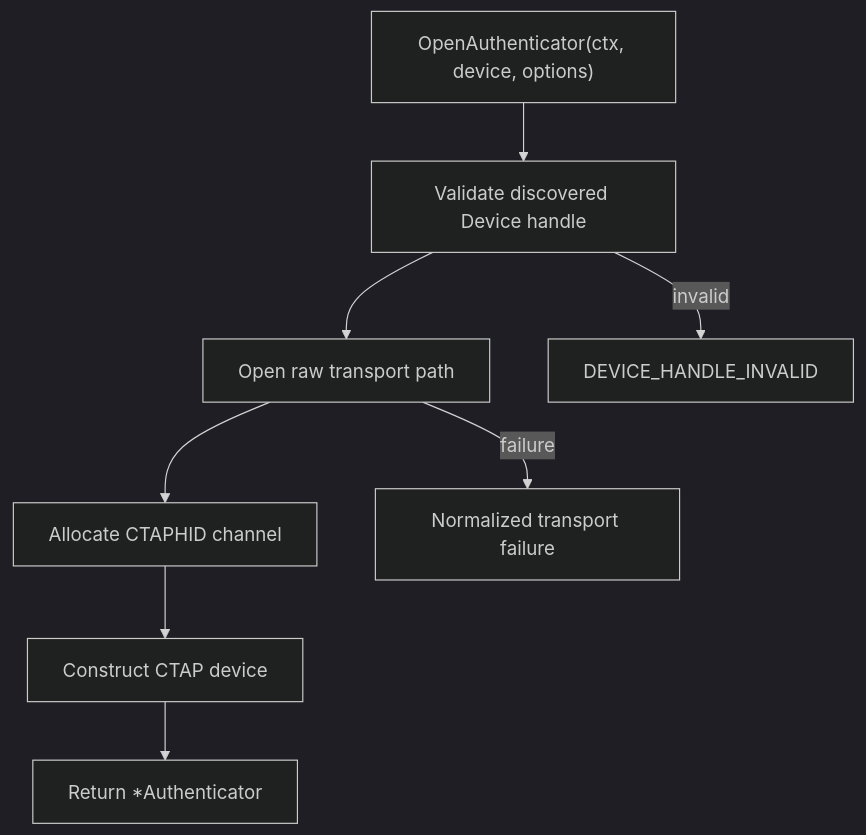
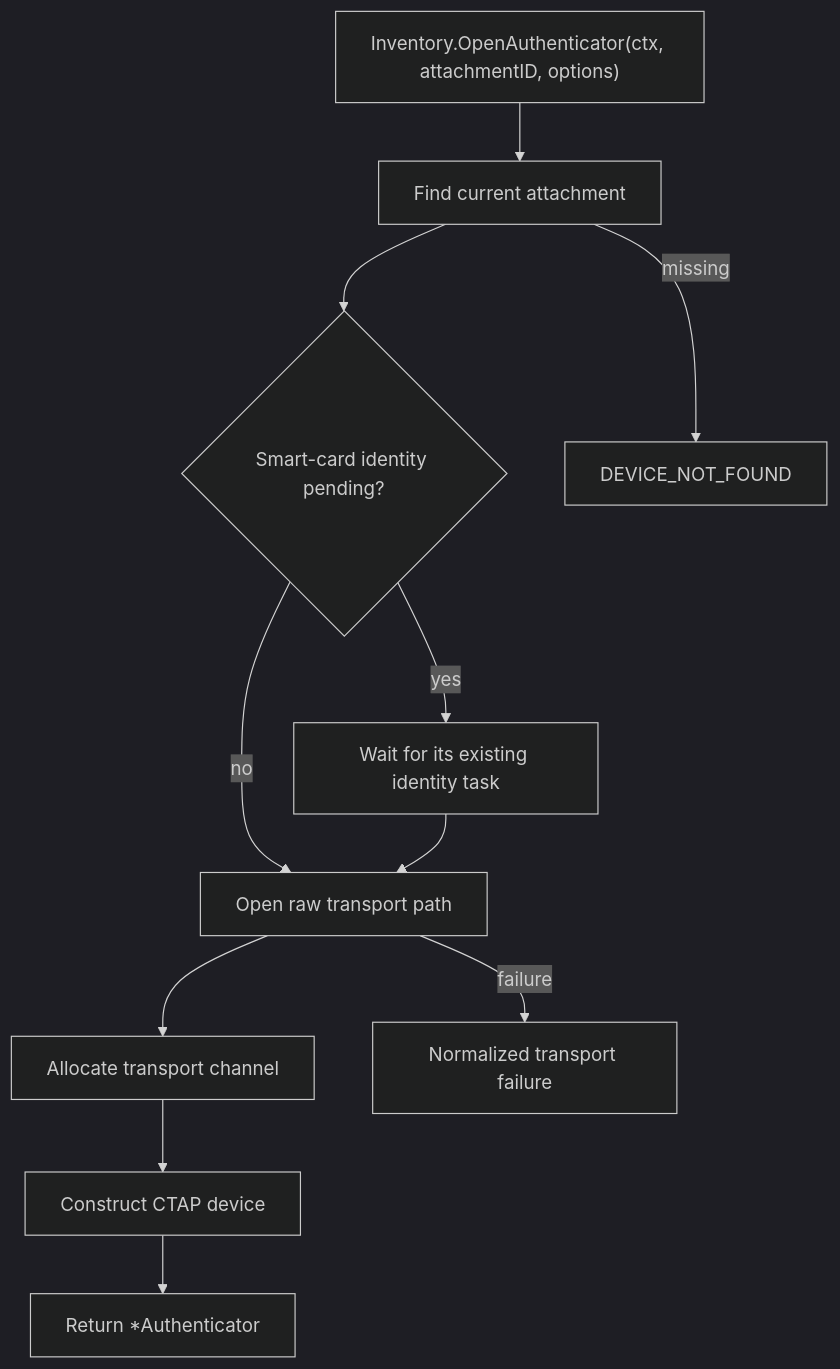
One commit to go-ctap/kit changed the first of 4 diagrams in docs/current-runtime-flows.md. Above: the diagram before and after it, drawn with Mermaid (dark theme). The commit also changed other lines of this file and 72 other files, not shown here.

Commit message:
refactor: simplify runtime architecture

````diff
--- a/docs/current-runtime-flows.md
+++ b/docs/current-runtime-flows.md
@@ -40,11 +48,14 @@
 ```mermaid
 flowchart TD
-  A["OpenAuthenticator(ctx, device, options)"] --> B["Validate discovered Device handle"]
-  B --> C["Open raw transport path"]
-  C --> D["Allocate CTAPHID channel"]
-  D --> E["Construct CTAP device"]
-  E --> F["Return *Authenticator"]
+  A["Inventory.OpenAuthenticator(ctx, attachmentID, options)"] --> B["Find current attachment"]
+  B --> C{"Smart-card identity pending?"}
+  C -->|yes| D["Wait for its existing identity task"]
+  C -->|no| E["Open raw transport path"]
+  D --> E
+  E --> F["Allocate transport channel"]
+  F --> G["Construct CTAP device"]
+  G --> H["Return *Authenticator"]
 
-  B -->|invalid| X["DEVICE_HANDLE_INVALID"]
-  C -->|failure| Y["Normalized transport failure"]
+  B -->|missing| X["DEVICE_NOT_FOUND"]
+  E -->|failure| Y["Normalized transport failure"]
 ```
````
